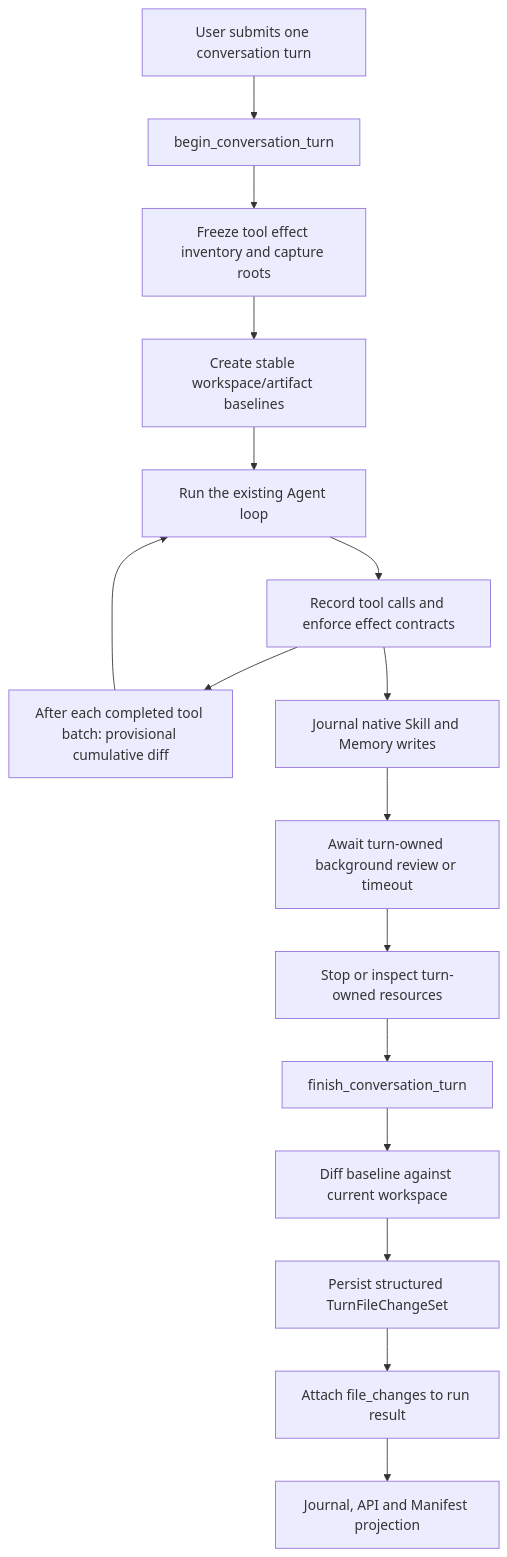
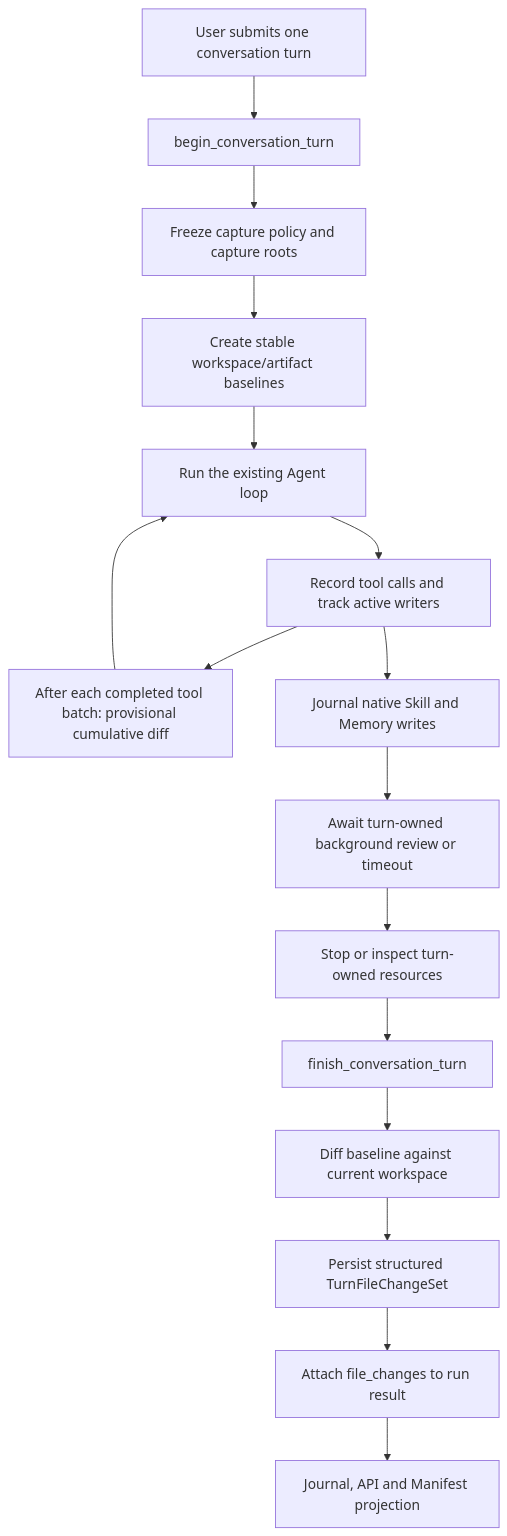
One commit to Jerryyyy0/hermes-webui changed the second of 2 diagrams in docs/工具调用文件变更捕获完整方案.md. Above: the diagram before and after it, drawn with Mermaid. The commit also changed other lines of this file, not shown here.

````diff
--- a/docs/工具调用文件变更捕获完整方案.md
+++ b/docs/工具调用文件变更捕获完整方案.md
@@ -170,18 +154,18 @@
 ```mermaid
 flowchart TD
   User["User submits one conversation turn"] --> Begin["begin_conversation_turn"]
-  Begin --> Policy["Freeze tool effect inventory and capture roots"]
+  Begin --> Policy["Freeze capture policy and capture roots"]
   Policy --> Baseline["Create stable workspace/artifact baselines"]
   Baseline --> Agent["Run the existing Agent loop"]
-  Agent --> Hooks["Record tool calls and enforce effect contracts"]
+  Agent --> Hooks["Record tool calls and track active writers"]
   Hooks --> Iteration["After each completed tool batch: provisional cumulative diff"]
   Iteration --> Agent
   Hooks --> Native["Journal native Skill and Memory writes"]
   Native --> Review["Await turn-owned background review or timeout"]
   Review --> Cleanup["Stop or inspect turn-owned resources"]
   Cleanup --> Finish["finish_conversation_turn"]
   Finish --> Diff["Diff baseline against current workspace"]
   Diff --> Persist["Persist structured TurnFileChangeSet"]
   Persist --> Result["Attach file_changes to run result"]
   Result --> WebUI["Journal, API and Manifest projection"]
 ```
````
